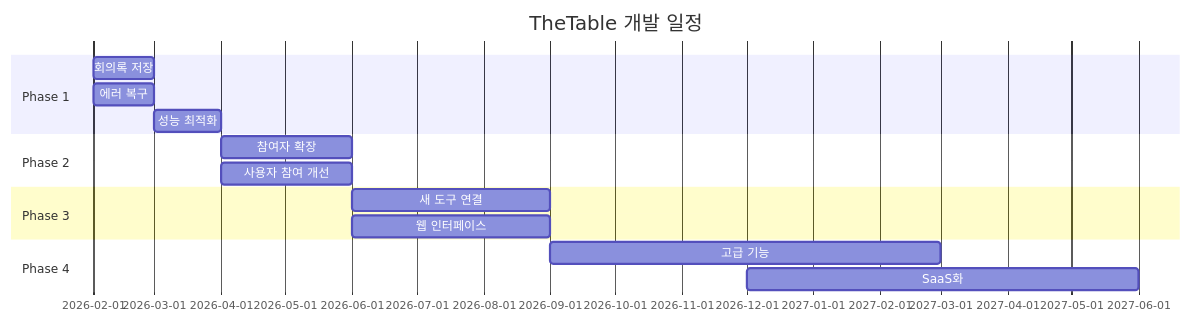
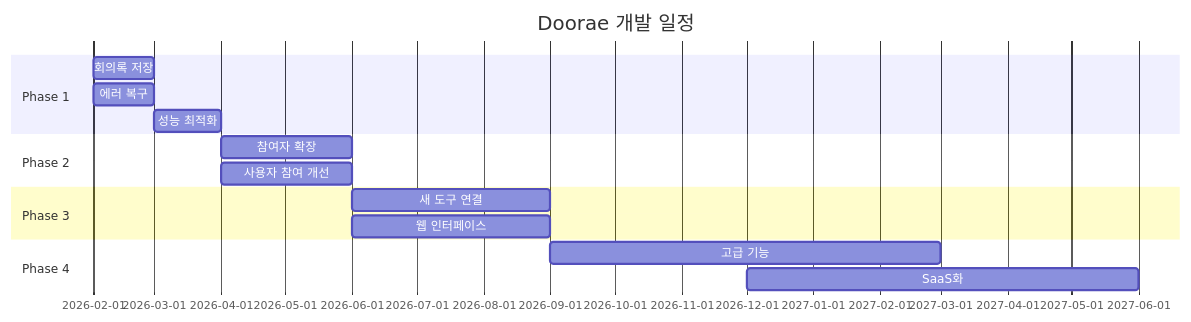
Before and after one commit to doorae-lab/doorae: the diagram in docs/roadmap.md, drawn with Mermaid. The commit also changed other lines of this file and 162 other files, not shown here.

````diff
--- a/docs/roadmap.md
+++ b/docs/roadmap.md
@@ -11,18 +11,18 @@
 ```mermaid
 gantt
-    title TheTable 개발 일정
+    title Doorae 개발 일정
     dateFormat YYYY-MM
     section Phase 1
     회의록 저장           :p1a, 2026-02, 1M
     에러 복구            :p1b, 2026-02, 1M
     성능 최적화          :p1c, 2026-03, 1M
     section Phase 2
     참여자 확장          :p2a, 2026-04, 2M
     사용자 참여 개선      :p2b, 2026-04, 2M
     section Phase 3
     새 도구 연결         :p3a, 2026-06, 3M
     웹 인터페이스        :p3b, 2026-06, 3M
     section Phase 4
     고급 기능           :p4a, 2026-09, 6M
     SaaS화             :p4b, 2026-12, 6M
 ```
````
